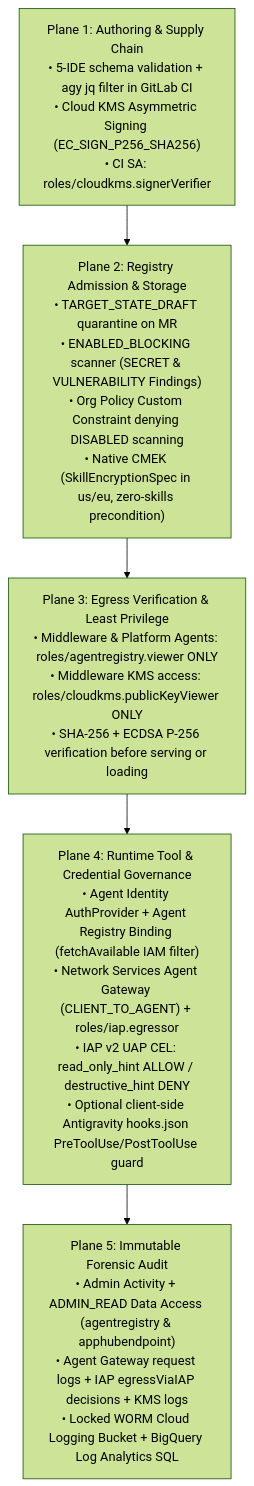
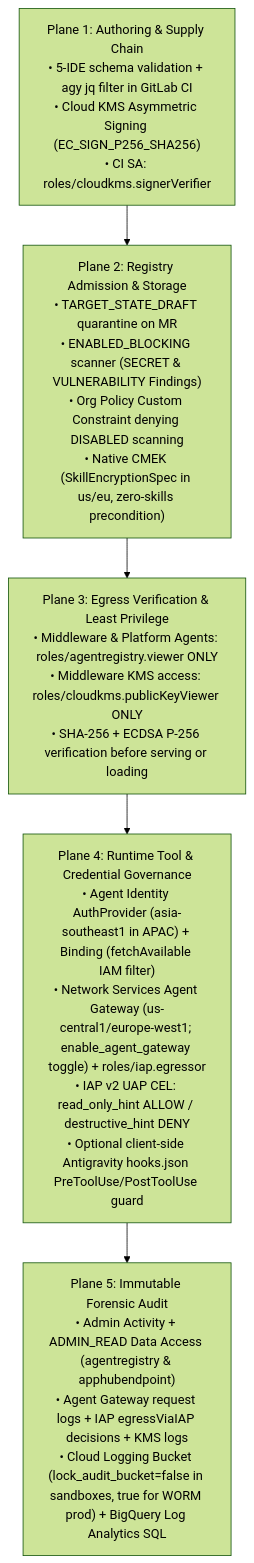
One commit to jiratouchmhp/agent-registry-marketplace-workshop changed the fifth of 5 diagrams in docs/architecture.md. Above: the diagram before and after it, drawn with Mermaid (forest theme). The commit also changed other lines of this file and 93 other files, not shown here.

````diff
--- a/docs/architecture.md
+++ b/docs/architecture.md
@@ -174,10 +195,10 @@
 ```mermaid
 flowchart TB
     P1["Plane 1: Authoring & Supply Chain<br/>• 5-IDE schema validation + agy jq filter in GitLab CI<br/>• Cloud KMS Asymmetric Signing (EC_SIGN_P256_SHA256)<br/>• CI SA: roles/cloudkms.signerVerifier"]
     P2["Plane 2: Registry Admission & Storage<br/>• TARGET_STATE_DRAFT quarantine on MR<br/>• ENABLED_BLOCKING scanner (SECRET & VULNERABILITY Findings)<br/>• Org Policy Custom Constraint denying DISABLED scanning<br/>• Native CMEK (SkillEncryptionSpec in us/eu, zero-skills precondition)"]
     P3["Plane 3: Egress Verification & Least Privilege<br/>• Middleware & Platform Agents: roles/agentregistry.viewer ONLY<br/>• Middleware KMS access: roles/cloudkms.publicKeyViewer ONLY<br/>• SHA-256 + ECDSA P-256 verification before serving or loading"]
-    P4["Plane 4: Runtime Tool & Credential Governance<br/>• Agent Identity AuthProvider + Agent Registry Binding (fetchAvailable IAM filter)<br/>• Network Services Agent Gateway (CLIENT_TO_AGENT) + roles/iap.egressor<br/>• IAP v2 UAP CEL: read_only_hint ALLOW / destructive_hint DENY<br/>• Optional client-side Antigravity hooks.json PreToolUse/PostToolUse guard"]
-    P5["Plane 5: Immutable Forensic Audit<br/>• Admin Activity + ADMIN_READ Data Access (agentregistry & apphubendpoint)<br/>• Agent Gateway request logs + IAP egressViaIAP decisions + KMS logs<br/>• Locked WORM Cloud Logging Bucket + BigQuery Log Analytics SQL"]
+    P4["Plane 4: Runtime Tool & Credential Governance<br/>• Agent Identity AuthProvider (asia-southeast1 in APAC) + Binding (fetchAvailable IAM filter)<br/>• Network Services Agent Gateway (us-central1/europe-west1; enable_agent_gateway toggle) + roles/iap.egressor<br/>• IAP v2 UAP CEL: read_only_hint ALLOW / destructive_hint DENY<br/>• Optional client-side Antigravity hooks.json PreToolUse/PostToolUse guard"]
+    P5["Plane 5: Immutable Forensic Audit<br/>• Admin Activity + ADMIN_READ Data Access (agentregistry & apphubendpoint)<br/>• Agent Gateway request logs + IAP egressViaIAP decisions + KMS logs<br/>• Cloud Logging Bucket (lock_audit_bucket=false in sandboxes, true for WORM prod) + BigQuery Log Analytics SQL"]
 
     P1 --> P2 --> P3 --> P4 --> P5
 ```
````
